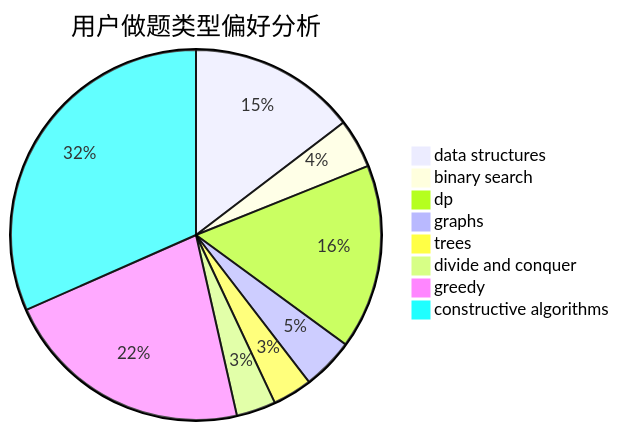
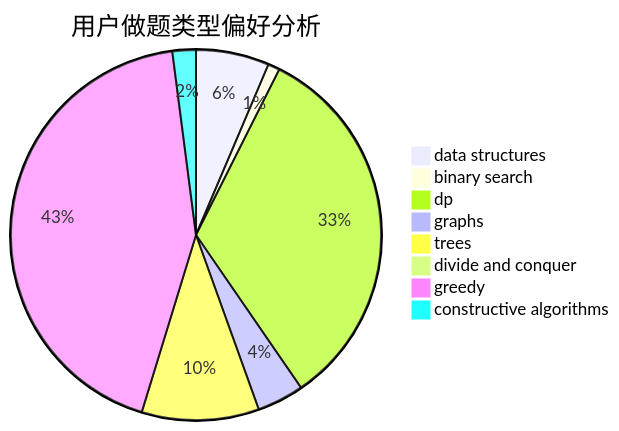
The second of 3 diagrams in docs/user/u2447.md (sherpahu/cfrs.github.io), drawn with Mermaid before and after one commit. The commit also changed other lines of this file and 2770 other files, not shown here.

````diff
--- a/docs/user/u2447.md
+++ b/docs/user/u2447.md
@@ -23,11 +23,11 @@
 ```mermaid
 pie title 用户做题类型偏好分析
-    "data structures" :  68
-    "binary search" :  20
-    "dp" :  75
-    "graphs" :  21
-    "trees" :  16
-    "divide and conquer" :  16
-    "greedy" :  102
-    "constructive algorithms" :  147
+    "data structures" :  25
+    "binary search" :  4
+    "dp" :  129
+    "graphs" :  16
+    "trees" :  40
+    "divide and conquer" :  0
+    "greedy" :  169
+    "constructive algorithms" :  8
 ```
````
